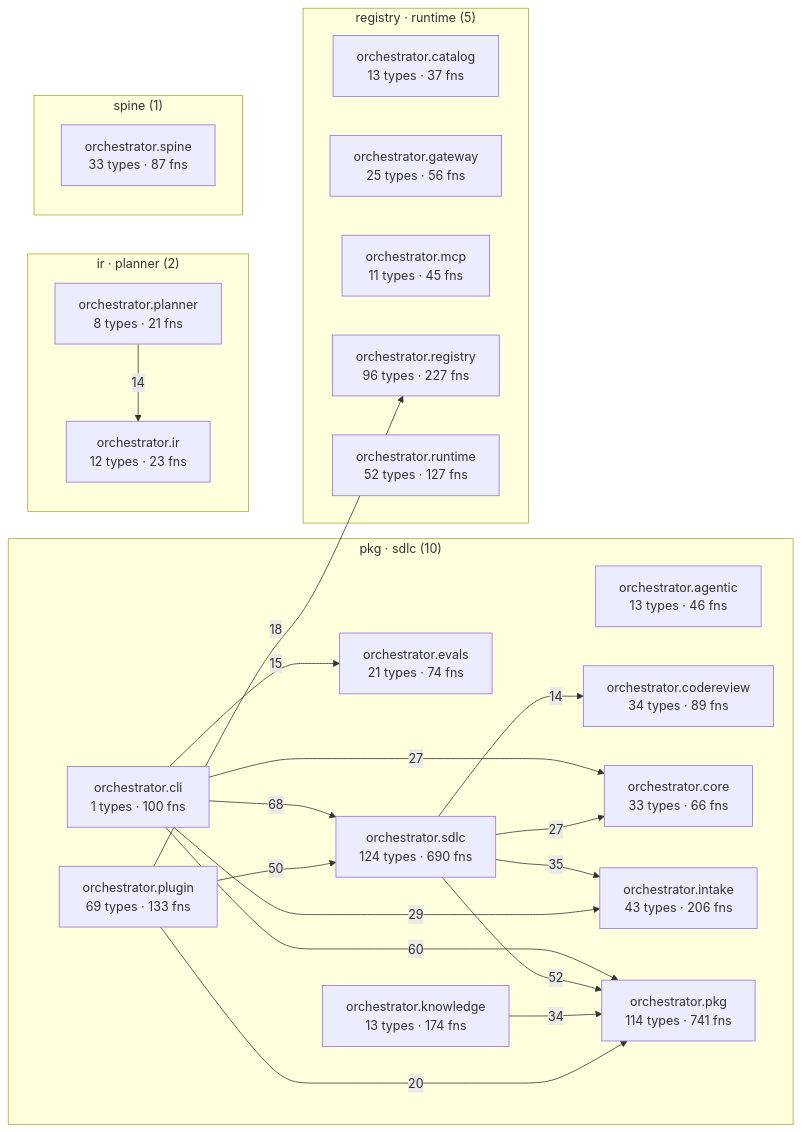
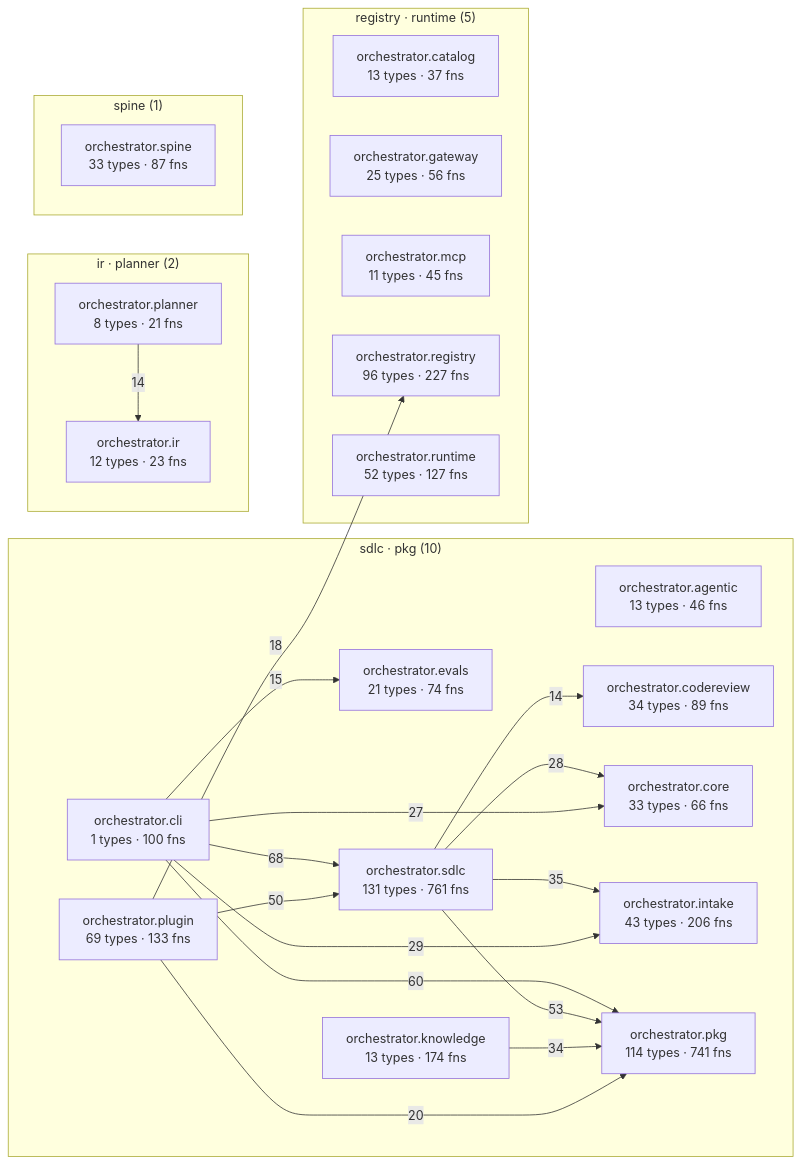
One commit to palakupadhyay23/spine changed the diagram in episteme/architecture.md. Above: the diagram before and after it, drawn with Mermaid. The commit also changed other lines of this file and 27 other files, not shown here.

````diff
--- a/episteme/architecture.md
+++ b/episteme/architecture.md
@@ -55,43 +54,43 @@
 ```mermaid
 flowchart LR
-  subgraph c_2["pkg · sdlc (10)"]
+  subgraph c_2["sdlc · pkg (10)"]
     aorchestratoragentic["orchestrator.agentic<br/>13 types · 46 fns"]
     aorchestratorcli["orchestrator.cli<br/>1 types · 100 fns"]
     aorchestratorcodereview["orchestrator.codereview<br/>34 types · 89 fns"]
     aorchestratorcore["orchestrator.core<br/>33 types · 66 fns"]
     aorchestratorevals["orchestrator.evals<br/>21 types · 74 fns"]
     aorchestratorintake["orchestrator.intake<br/>43 types · 206 fns"]
     aorchestratorknowledge["orchestrator.knowledge<br/>13 types · 174 fns"]
     aorchestratorpkg["orchestrator.pkg<br/>114 types · 741 fns"]
     aorchestratorplugin["orchestrator.plugin<br/>69 types · 133 fns"]
-    aorchestratorsdlc["orchestrator.sdlc<br/>124 types · 690 fns"]
+    aorchestratorsdlc["orchestrator.sdlc<br/>131 types · 761 fns"]
   end
   subgraph c_4["registry · runtime (5)"]
     aorchestratorcatalog["orchestrator.catalog<br/>13 types · 37 fns"]
     aorchestratorgateway["orchestrator.gateway<br/>25 types · 56 fns"]
     aorchestratormcp["orchestrator.mcp<br/>11 types · 45 fns"]
     aorchestratorregistry["orchestrator.registry<br/>96 types · 227 fns"]
     aorchestratorruntime["orchestrator.runtime<br/>52 types · 127 fns"]
   end
   subgraph c_7["ir · planner (2)"]
     aorchestratorir["orchestrator.ir<br/>12 types · 23 fns"]
     aorchestratorplanner["orchestrator.planner<br/>8 types · 21 fns"]
   end
   subgraph c_12["spine (1)"]
     aorchestratorspine["orchestrator.spine<br/>33 types · 87 fns"]
   end
   aorchestratorcli -->|68| aorchestratorsdlc
   aorchestratorcli -->|60| aorchestratorpkg
-  aorchestratorsdlc -->|52| aorchestratorpkg
+  aorchestratorsdlc -->|53| aorchestratorpkg
   aorchestratorplugin -->|50| aorchestratorsdlc
   aorchestratorsdlc -->|35| aorchestratorintake
   aorchestratorknowledge -->|34| aorchestratorpkg
   aorchestratorcli -->|29| aorchestratorintake
+  aorchestratorsdlc -->|28| aorchestratorcore
   aorchestratorcli -->|27| aorchestratorcore
-  aorchestratorsdlc -->|27| aorchestratorcore
   aorchestratorplugin -->|20| aorchestratorpkg
   aorchestratorplugin -->|18| aorchestratorregistry
   aorchestratorcli -->|15| aorchestratorevals
   aorchestratorplanner -->|14| aorchestratorir
   aorchestratorsdlc -->|14| aorchestratorcodereview
 ```
````
